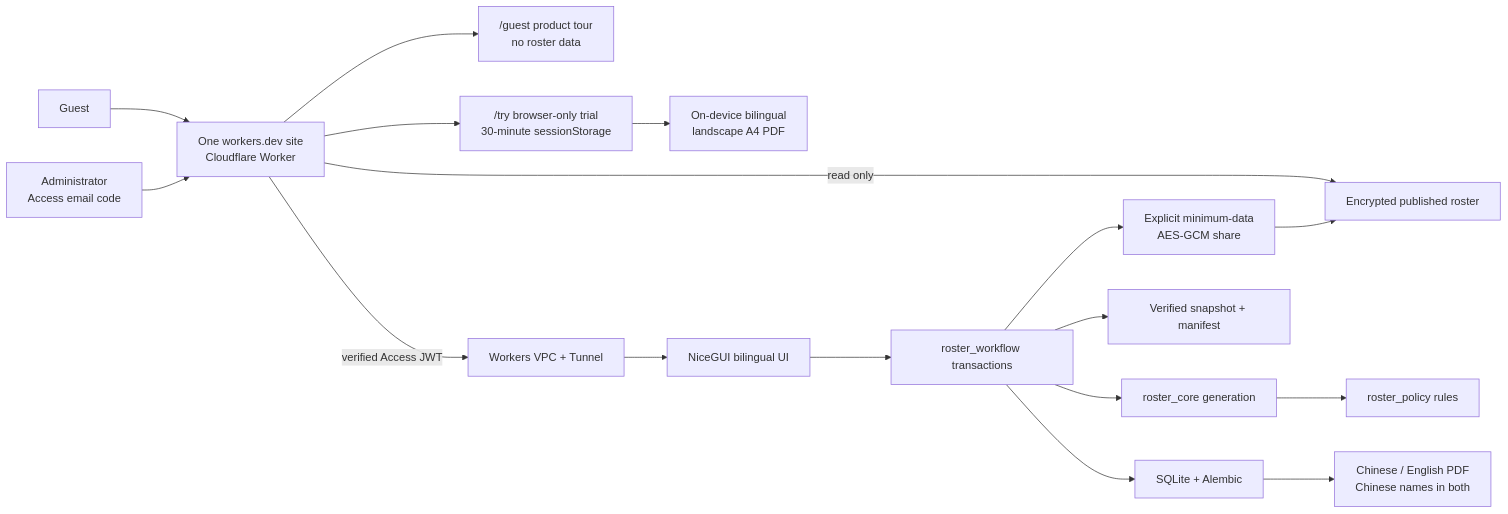
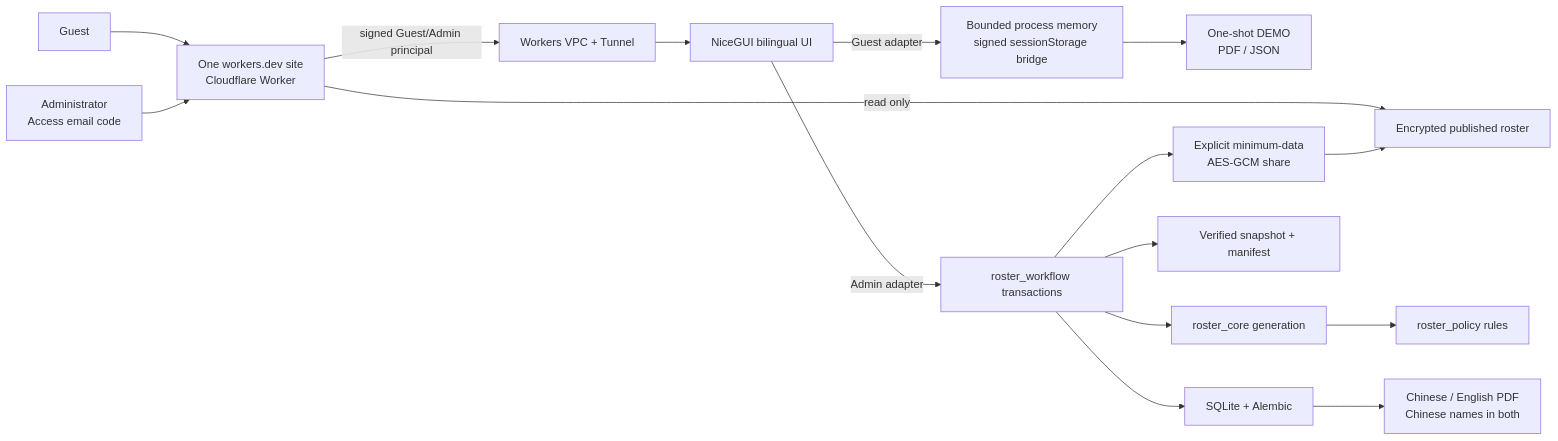
The diagram in README-EN.md (JackyLi10777/Study-Prefect-Duty-Roster-System), drawn with Mermaid before and after one commit. The commit also changed other lines of this file and 61 other files, not shown here.

````diff
--- a/README-EN.md
+++ b/README-EN.md
@@ -191,19 +198,18 @@
 ```mermaid
 flowchart LR
     GUEST["Guest"] --> EDGE["One workers.dev site\nCloudflare Worker"]
     ADMIN["Administrator\nAccess email code"] --> EDGE
-    EDGE --> TOUR["/guest product tour\nno roster data"]
-    EDGE --> TRIAL["/try browser-only trial\n30-minute sessionStorage"]
-    TRIAL --> TRIALPDF["On-device bilingual\nlandscape A4 PDF"]
     EDGE -->|read only| VIEW["Encrypted published roster"]
-    EDGE -->|verified Access JWT| VPC["Workers VPC + Tunnel"]
+    EDGE -->|signed Guest/Admin principal| VPC["Workers VPC + Tunnel"]
     VPC --> UI["NiceGUI bilingual UI"]
-    UI --> WF["roster_workflow transactions"]
+    UI -->|Guest adapter| GUESTMEM["Bounded process memory\nsigned sessionStorage bridge"]
+    GUESTMEM --> TRIALPDF["One-shot DEMO\nPDF / JSON"]
+    UI -->|Admin adapter| WF["roster_workflow transactions"]
     WF --> CORE["roster_core generation"]
     CORE --> POLICY["roster_policy rules"]
     WF --> DB["SQLite + Alembic"]
     WF --> BACKUP["Verified snapshot + manifest"]
     DB --> PDF["Chinese / English PDF\nChinese names in both"]
     WF --> ENC["Explicit minimum-data\nAES-GCM share"]
     ENC --> VIEW
 ```
````
